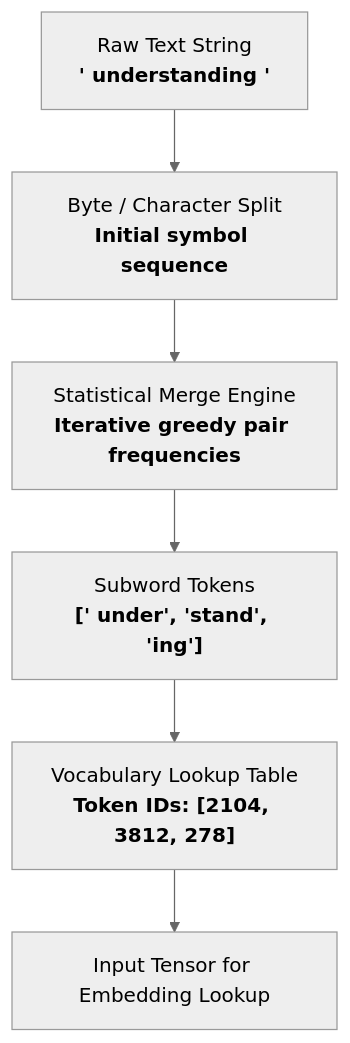
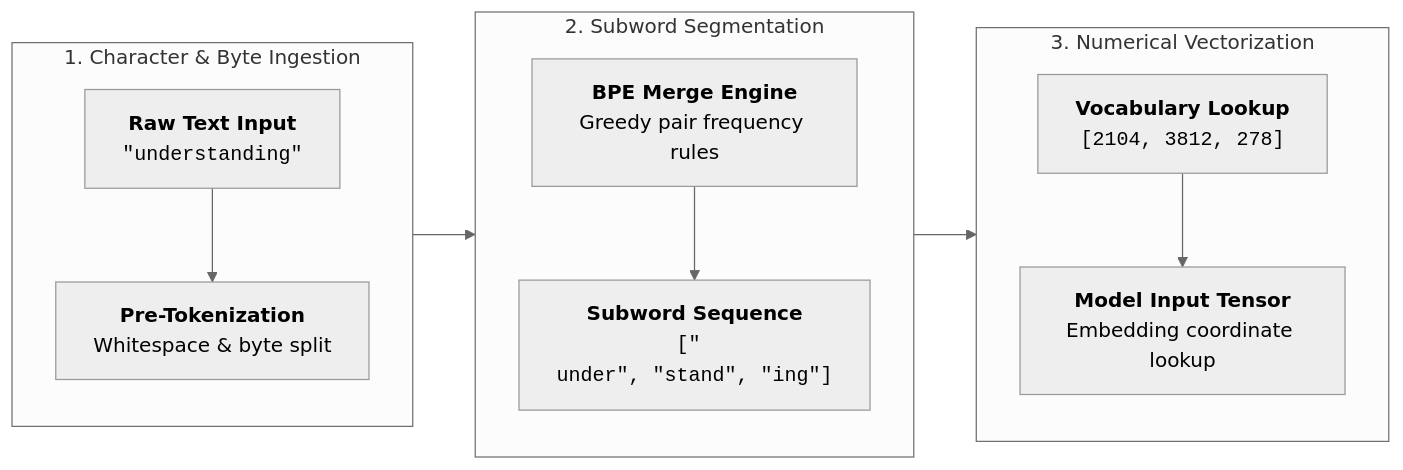
Before and after one commit to shotsan/llmnerd: the diagram in content/foundations/tokenization.md, drawn with Mermaid (neutral theme). The commit also changed 2 other files, not shown here.

Commit message:
fix(tokenization): restructure mermaid diagram into staged pipeline and fix svg sizing

````diff
--- a/content/foundations/tokenization.md
+++ b/content/foundations/tokenization.md
@@ -24,8 +24,22 @@
 ```mermaid
-flowchart TD
-    A["Raw Text String<br/><b>' understanding '</b>"] --> B["Byte / Character Split<br/><b>Initial symbol sequence</b>"]
-    B --> C["Statistical Merge Engine<br/><b>Iterative greedy pair frequencies</b>"]
-    C --> D["Subword Tokens<br/><b>[' under', 'stand', 'ing']</b>"]
-    D --> E["Vocabulary Lookup Table<br/><b>Token IDs: [2104, 3812, 278]</b>"]
-    E --> F["Input Tensor for Embedding Lookup"]
+flowchart LR
+    subgraph S1["1. Character & Byte Ingestion"]
+        direction TB
+        A["<b>Raw Text Input</b><br/><code>&quot;understanding&quot;</code>"]
+        --> B["<b>Pre-Tokenization</b><br/>Whitespace & byte split"]
+    end
+
+    subgraph S2["2. Subword Segmentation"]
+        direction TB
+        C["<b>BPE Merge Engine</b><br/>Greedy pair frequency rules"]
+        --> D["<b>Subword Sequence</b><br/><code>[&quot; under&quot;,&nbsp;&quot;stand&quot;,&nbsp;&quot;ing&quot;]</code>"]
+    end
+
+    subgraph S3["3. Numerical Vectorization"]
+        direction TB
+        E["<b>Vocabulary Lookup</b><br/><code>[2104,&nbsp;3812,&nbsp;278]</code>"]
+        --> F["<b>Model Input Tensor</b><br/>Embedding coordinate lookup"]
+    end
+
+    S1 --> S2 --> S3
 ```
````
